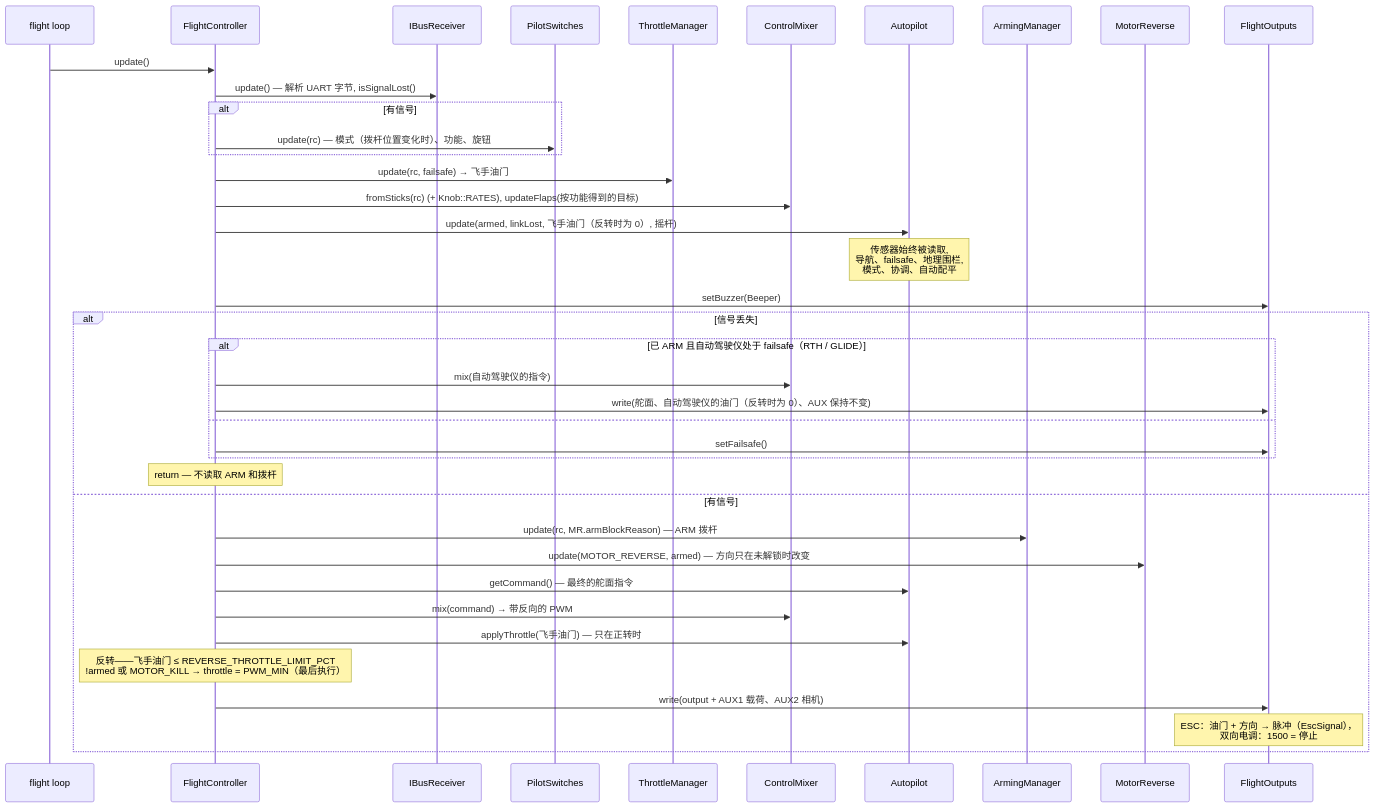
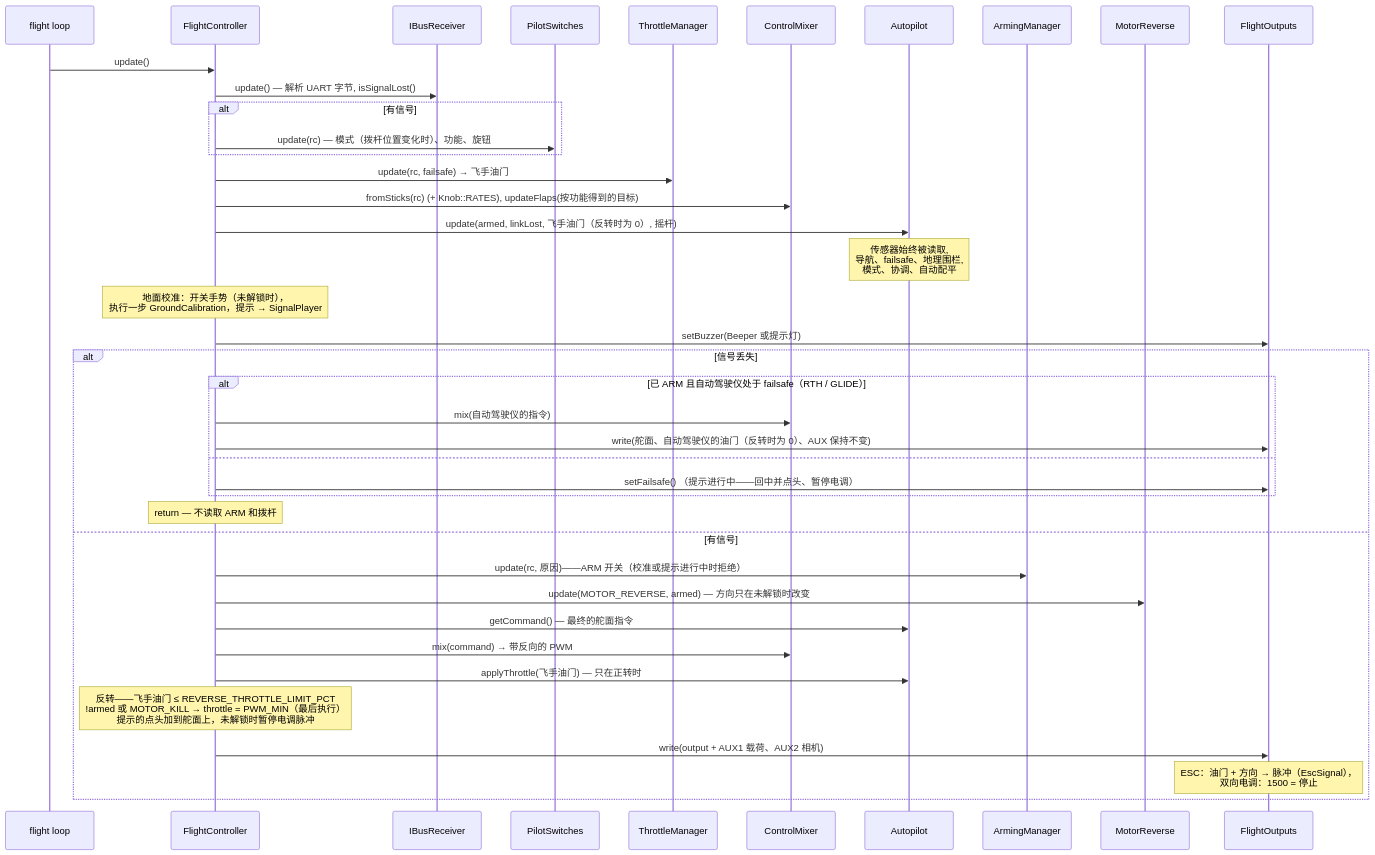
Before and after one commit to damir-lebedev/OpenPlaneProject: the sixth of 12 diagrams in docs/i18n/zh-CN/ARCHITECTURE.md, drawn with Mermaid. The commit also changed other lines of this file and 215 other files, not shown here.

````diff
--- a/docs/i18n/zh-CN/ARCHITECTURE.md
+++ b/docs/i18n/zh-CN/ARCHITECTURE.md
@@ -355,42 +355,43 @@
 ```mermaid
 sequenceDiagram
     participant L as flight loop
     participant FC as FlightController
     participant RX as IBusReceiver
     participant SW as PilotSwitches
     participant TM as ThrottleManager
     participant MX as ControlMixer
     participant AP as Autopilot
     participant AM as ArmingManager
     participant MR as MotorReverse
     participant OUT as FlightOutputs
 
     L->>FC: update()
     FC->>RX: update() — 解析 UART 字节, isSignalLost()
     alt 有信号
         FC->>SW: update(rc) — 模式（拨杆位置变化时）、功能、旋钮
     end
     FC->>TM: update(rc, failsafe) → 飞手油门
     FC->>MX: fromSticks(rc) (+ Knob::RATES), updateFlaps(按功能得到的目标)
     FC->>AP: update(armed, linkLost, 飞手油门（反转时为 0）, 摇杆)
     Note over AP: 传感器始终被读取,<br/>导航、failsafe、地理围栏,<br/>模式、协调、自动配平
-    FC->>OUT: setBuzzer(Beeper)
+    Note over FC: 地面校准：开关手势（未解锁时），<br/>执行一步 GroundCalibration，提示 → SignalPlayer
+    FC->>OUT: setBuzzer(Beeper 或提示灯)
     alt 信号丢失
         alt 已 ARM 且自动驾驶仪处于 failsafe（RTH / GLIDE）
             FC->>MX: mix(自动驾驶仪的指令)
             FC->>OUT: write(舵面、自动驾驶仪的油门（反转时为 0）、AUX 保持不变)
         else
-            FC->>OUT: setFailsafe()
+            FC->>OUT: setFailsafe() （提示进行中——回中并点头、暂停电调）
         end
         Note over FC: return — 不读取 ARM 和拨杆
     else 有信号
-        FC->>AM: update(rc, MR.armBlockReason) — ARM 拨杆
+        FC->>AM: update(rc, 原因)——ARM 开关（校准或提示进行中时拒绝）
         FC->>MR: update(MOTOR_REVERSE, armed) — 方向只在未解锁时改变
         FC->>AP: getCommand() — 最终的舵面指令
         FC->>MX: mix(command) → 带反向的 PWM
         FC->>AP: applyThrottle(飞手油门) — 只在正转时
-        Note over FC: 反转——飞手油门 ≤ REVERSE_THROTTLE_LIMIT_PCT<br/>!armed 或 MOTOR_KILL → throttle = PWM_MIN（最后执行）
+        Note over FC: 反转——飞手油门 ≤ REVERSE_THROTTLE_LIMIT_PCT<br/>!armed 或 MOTOR_KILL → throttle = PWM_MIN（最后执行）<br/>提示的点头加到舵面上，未解锁时暂停电调脉冲
         FC->>OUT: write(output + AUX1 载荷、AUX2 相机)
         Note over OUT: ESC：油门 + 方向 → 脉冲（EscSignal），<br/>双向电调：1500 = 停止
     end
 ```
````
